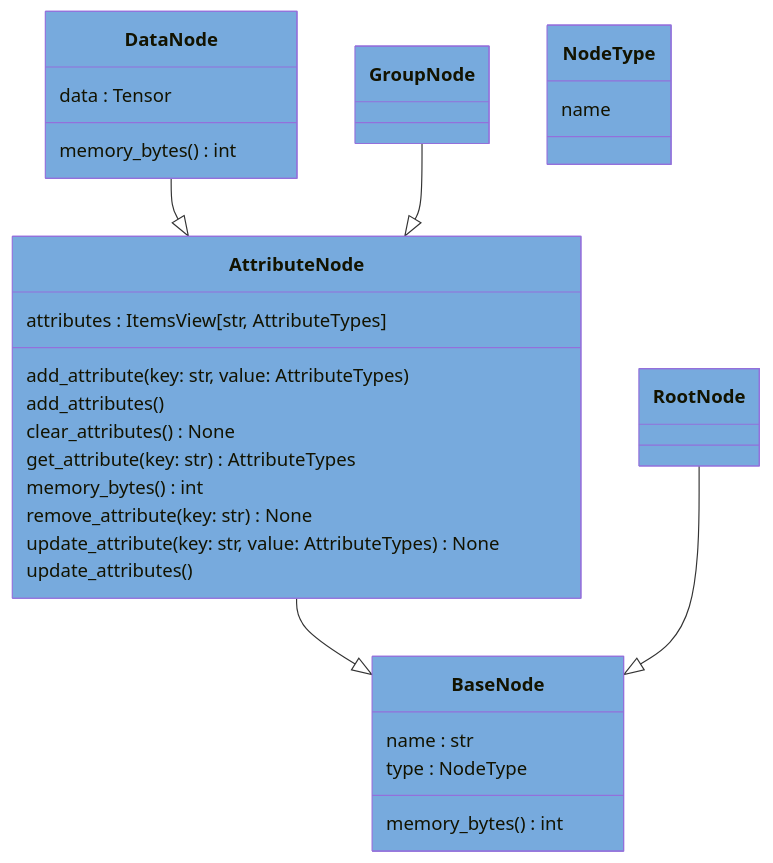
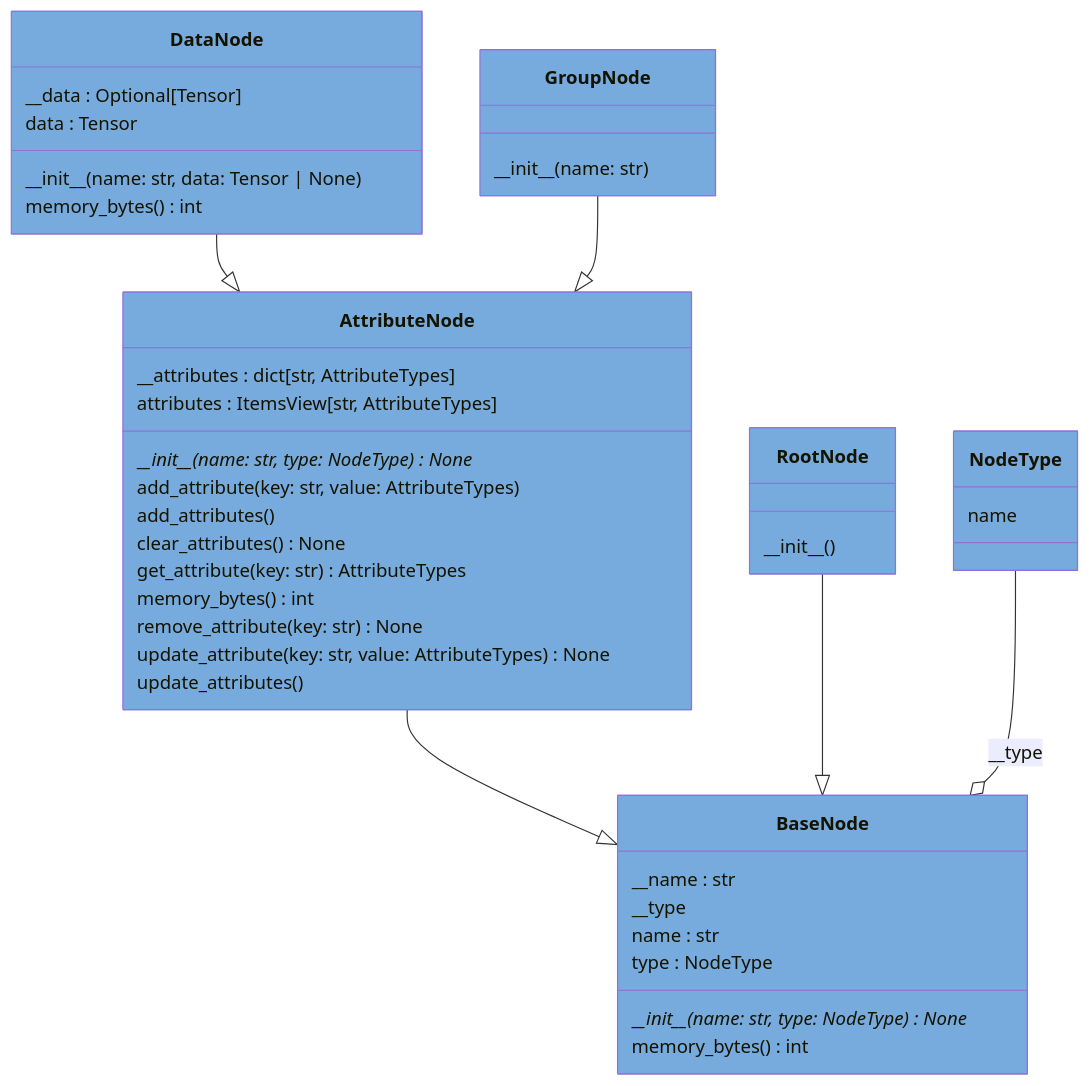
The diagram in docs/pyreverse/mermaid/classes_Node_Hierarchy.mmd (voidsy-gmbh/pyThermoNDT), drawn with Mermaid before and after one commit. The commit also changed 1 other file, not shown here.

Commit message:
Update mermaid diagrams

```diff
--- a/docs/pyreverse/mermaid/classes_Node_Hierarchy.mmd
+++ b/docs/pyreverse/mermaid/classes_Node_Hierarchy.mmd
@@ -1,38 +1,48 @@
 classDiagram
   class AttributeNode {
+    \_\_attributes : dict[str, AttributeTypes]
     attributes : ItemsView[str, AttributeTypes]
+    \_\_init\_\_(name: str, type: NodeType)* None
     add_attribute(key: str, value: AttributeTypes)
     add_attributes()
     clear_attributes() None
     get_attribute(key: str) AttributeTypes
     memory_bytes() int
     remove_attribute(key: str) None
     update_attribute(key: str, value: AttributeTypes) None
     update_attributes()
   }
   style AttributeNode fill:#77AADD
   class BaseNode {
+    \_\_name : str
+    \_\_type
     name : str
     type : NodeType
+    \_\_init\_\_(name: str, type: NodeType)* None
     memory_bytes() int
   }
   style BaseNode fill:#77AADD
   class DataNode {
+    \_\_data : Optional[Tensor]
     data : Tensor
+    \_\_init\_\_(name: str, data: Tensor | None)
     memory_bytes() int
   }
   style DataNode fill:#77AADD
   class GroupNode {
+    \_\_init\_\_(name: str)
   }
   style GroupNode fill:#77AADD
   class NodeType {
     name
   }
   style NodeType fill:#77AADD
   class RootNode {
+    \_\_init\_\_()
   }
   style RootNode fill:#77AADD
   AttributeNode --|> BaseNode
   DataNode --|> AttributeNode
   GroupNode --|> AttributeNode
   RootNode --|> BaseNode
+  NodeType --o BaseNode : \_\_type
```
